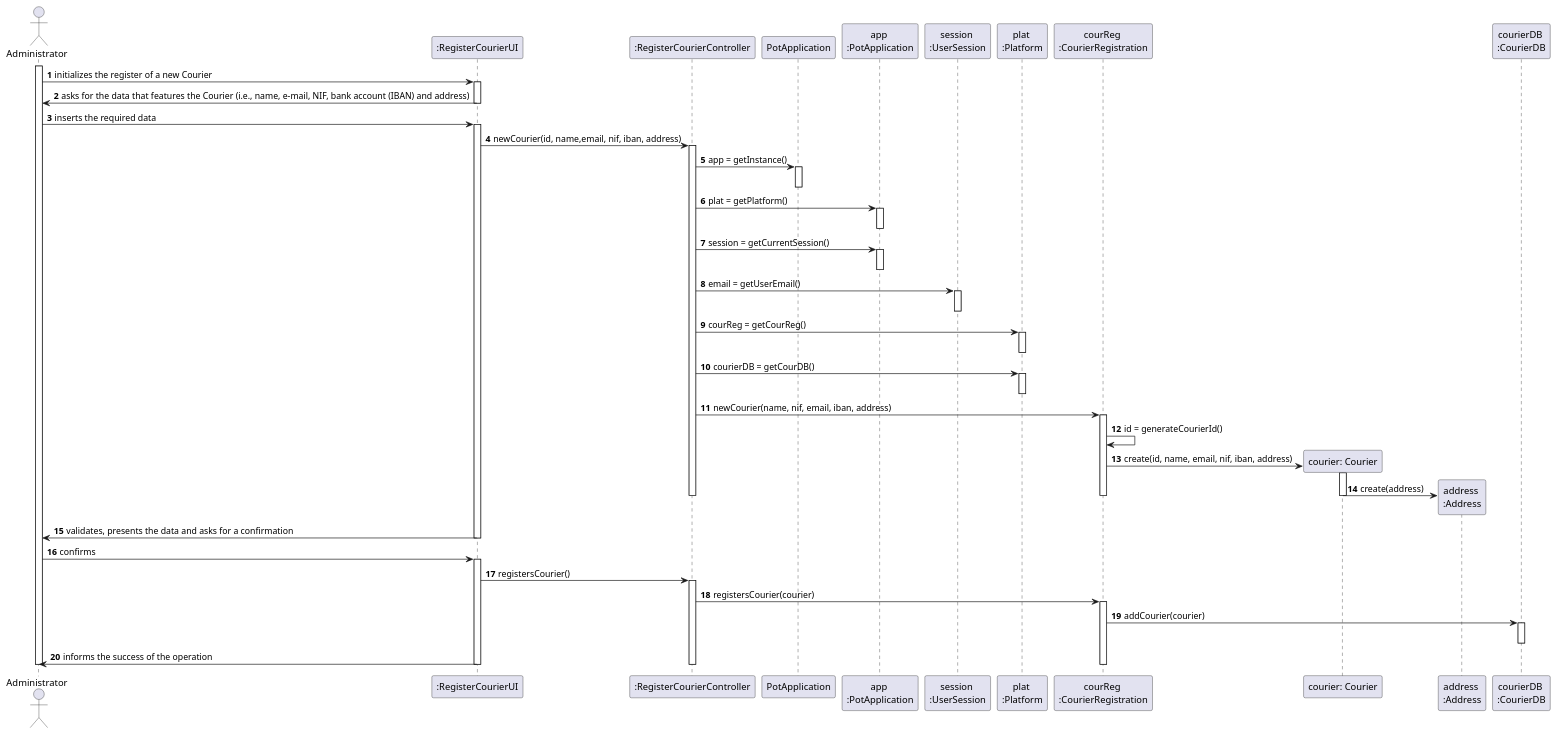
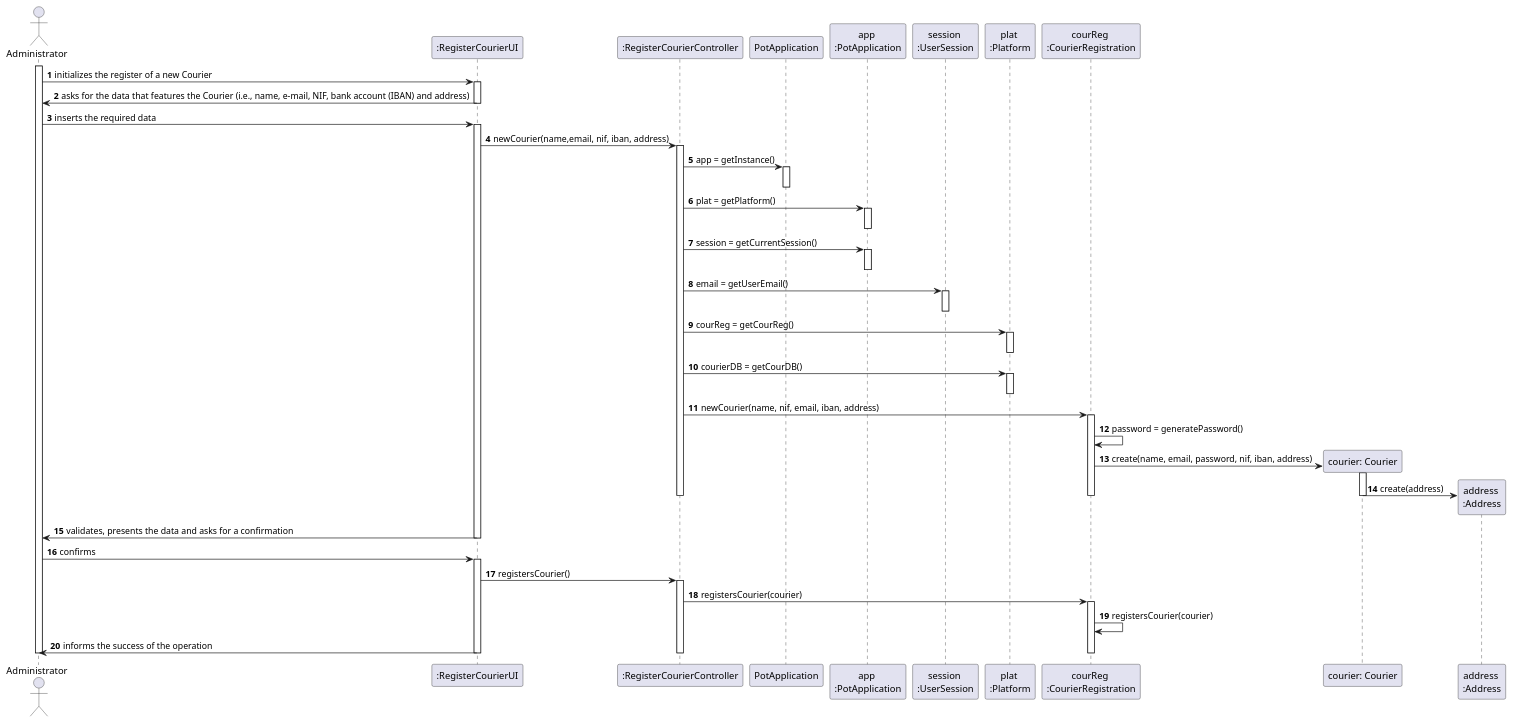
One commit to tiagoavcosta25/LAPR3 changed the diagram in docs/Iteration 1/Courier Management/US19_RegisterCourier/US19_SD.puml. Above: the diagram before and after it, drawn with PlantUML. The commit also changed 1 other file, not shown here.

```diff
--- a/docs/Iteration 1/Courier Management/US19_RegisterCourier/US19_SD.puml
+++ b/docs/Iteration 1/Courier Management/US19_RegisterCourier/US19_SD.puml
@@ -1,77 +1,74 @@
 @startuml
 autonumber
 actor "Administrator" as ADMIN
 
 participant ":RegisterCourierUI" as UI
 participant ":RegisterCourierController" as CTRL
 participant "PotApplication" as PA
 participant "app \n:PotApplication" as APA
 participant "session \n:UserSession" as US
 participant "plat \n:Platform" as PLAT
 participant "courReg \n:CourierRegistration" as RF
 participant "courier: Courier" as CR
 participant "address \n:Address" as AD
-participant "courierDB \n:CourierDB" as DB
 
 
 
 activate ADMIN
 
 ADMIN -> UI : initializes the register of a new Courier
 activate UI
 UI -> ADMIN : asks for the data that features the Courier (i.e., name, e-mail, NIF, bank account (IBAN) and address)
 deactivate UI
 
 ADMIN -> UI : inserts the required data
 activate UI
-UI -> CTRL : newCourier(id, name,email, nif, iban, address)
+UI -> CTRL : newCourier(name,email, nif, iban, address)
 activate CTRL
 CTRL -> PA : app = getInstance()
 activate PA
 deactivate PA
 CTRL -> APA : plat = getPlatform()
 activate APA
 deactivate APA
 CTRL -> APA : session = getCurrentSession()
 activate APA
 deactivate APA
 CTRL -> US : email = getUserEmail()
 activate US
 deactivate US
 CTRL -> PLAT : courReg = getCourReg()
 activate PLAT
 deactivate PLAT
 CTRL -> PLAT : courierDB = getCourDB()
 activate PLAT
 deactivate PLAT
 CTRL -> RF : newCourier(name, nif, email, iban, address)
 activate RF
-RF -> RF : id = generateCourierId()
-RF -> CR ** : create(id, name, email, nif, iban, address)
+RF -> RF : password = generatePassword()
+RF -> CR ** : create(name, email, password, nif, iban, address)
 activate CR
 CR -> AD** : create(address)
 deactivate CR
 deactivate RF
 deactivate CTRL
 
 
 UI -> ADMIN : validates, presents the data and asks for a confirmation
 deactivate UI
 
 ADMIN -> UI : confirms
 activate UI
 UI -> CTRL : registersCourier()
 activate CTRL
 CTRL -> RF : registersCourier(courier)
 activate RF
-RF -> DB : addCourier(courier)
-activate DB
-deactivate DB
+RF -> RF : registersCourier(courier)
 UI -> ADMIN : informs the success of the operation
 deactivate RF
 deactivate CTRL
 deactivate UI
 
 deactivate ADMIN
 
 @enduml
```
